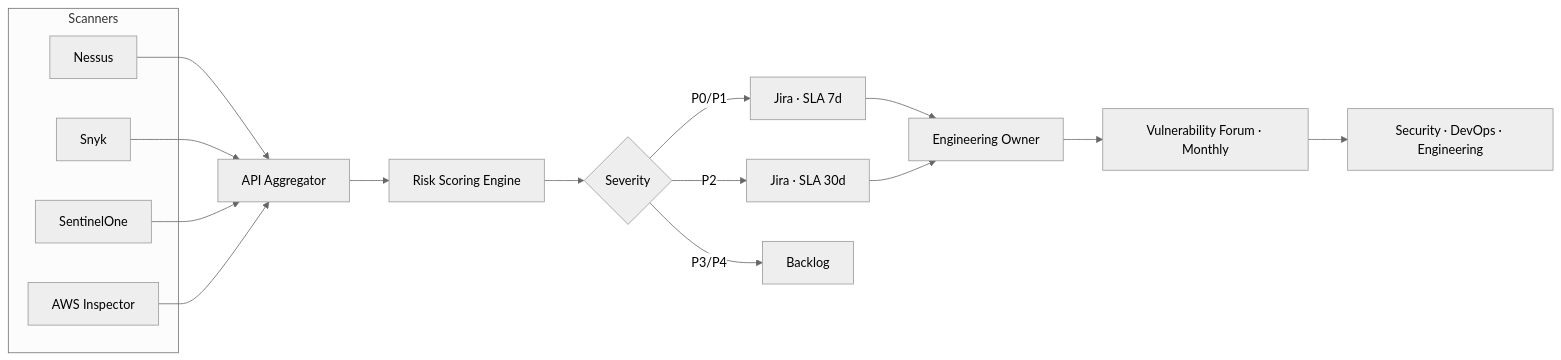
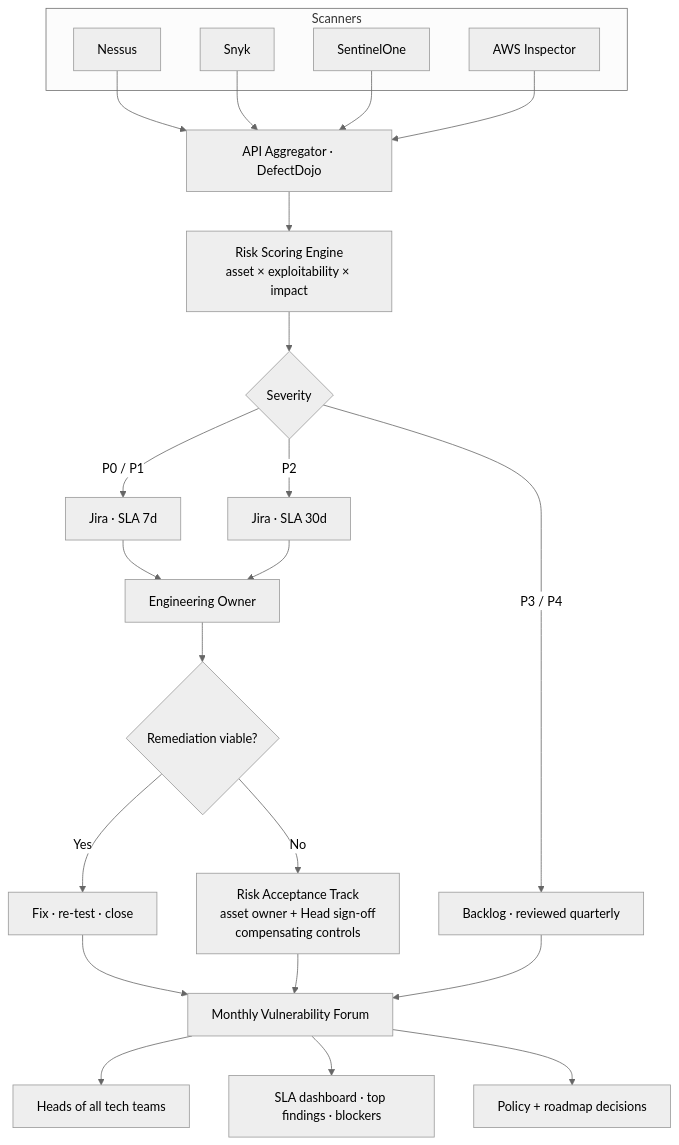
The diagram in src/content/projects/en/enterprise-vuln-mgmt.mdx (CHDevSec/portfolio), drawn with Mermaid (neutral theme) before and after one commit. The commit also changed other lines of this file and 1 other file, not shown here.

````diff
--- a/src/content/projects/en/enterprise-vuln-mgmt.mdx
+++ b/src/content/projects/en/enterprise-vuln-mgmt.mdx
@@ -37,26 +39,36 @@
 ```mermaid
-flowchart LR
+flowchart TB
     subgraph Scanners
     A1[Nessus]
     A2[Snyk]
     A3[SentinelOne]
     A4[AWS Inspector]
     end
 
-    A1 --> B[API Aggregator]
+    A1 --> B[API Aggregator · DefectDojo]
     A2 --> B
     A3 --> B
     A4 --> B
 
-    B --> C[Risk Scoring Engine]
+    B --> C[Risk Scoring Engine<br/>asset × exploitability × impact]
     C --> D{Severity}
 
-    D -->|P0/P1| E[Jira · SLA 7d]
+    D -->|P0 / P1| E[Jira · SLA 7d]
     D -->|P2| F[Jira · SLA 30d]
-    D -->|P3/P4| G[Backlog]
+    D -->|P3 / P4| G[Backlog · reviewed quarterly]
 
     E --> H[Engineering Owner]
     F --> H
-    H --> I[Vulnerability Forum · Monthly]
-    I --> J[Security · DevOps · Engineering]
+
+    H --> I{Remediation viable?}
+    I -->|Yes| J[Fix · re-test · close]
+    I -->|No| K[Risk Acceptance Track<br/>asset owner + Head sign-off<br/>compensating controls]
+
+    J --> L[Monthly Vulnerability Forum]
+    K --> L
+    G --> L
+
+    L --> M[Heads of all tech teams]
+    L --> N[SLA dashboard · top findings · blockers]
+    L --> O[Policy + roadmap decisions]
 ```
````
